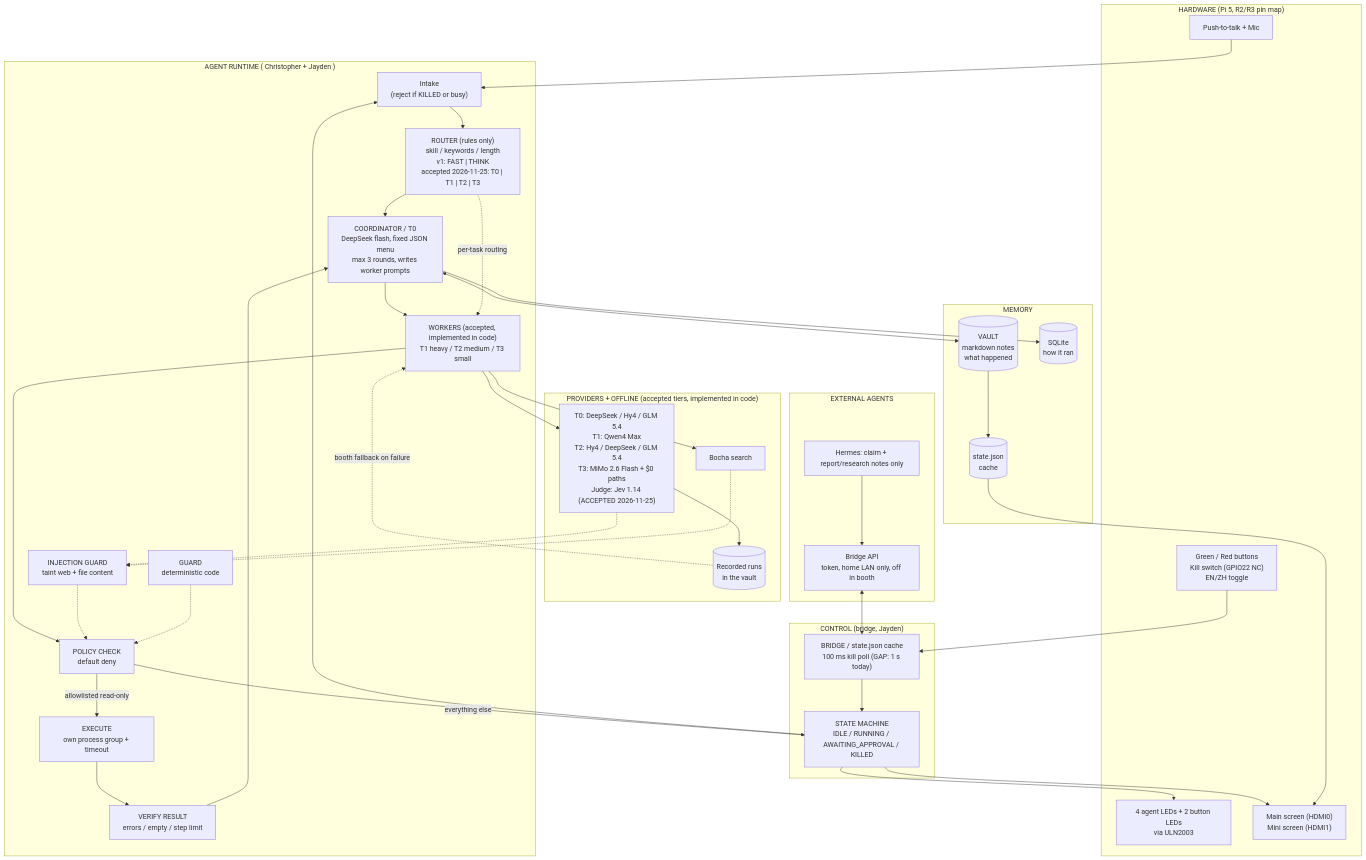
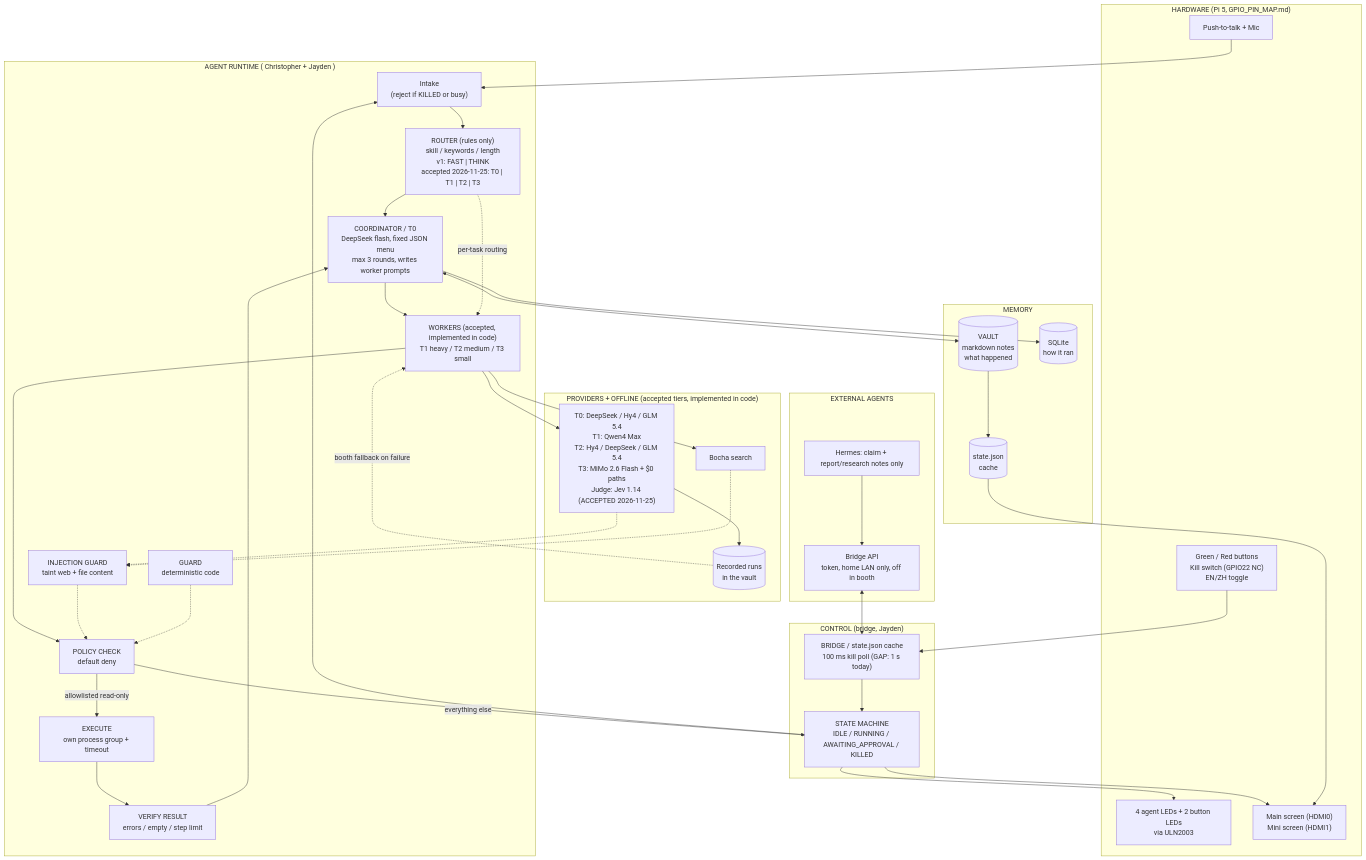
The first of 10 diagrams in docs/ARCHITECTURE_DIAGRAMS.md (Daijay/si-console), drawn with Mermaid before and after one commit. The commit also changed other lines of this file and 22 other files, not shown here.

Commit message:
Reconcile LED resistors, pin names and grounds across code, docs and the R5 wiring diagram

````diff
--- a/docs/ARCHITECTURE_DIAGRAMS.md
+++ b/docs/ARCHITECTURE_DIAGRAMS.md
@@ -19,67 +19,67 @@
 ```mermaid
 flowchart TB
-    subgraph H["HARDWARE (Pi 5, R2/R3 pin map)"]
+    subgraph H["HARDWARE (Pi 5, GPIO_PIN_MAP.md)"]
         PTT["Push-to-talk + Mic"]
         BTN["Green / Red buttons<br/>Kill switch (GPIO22 NC)<br/>EN/ZH toggle"]
         LED["4 agent LEDs + 2 button LEDs<br/>via ULN2003"]
         SCREEN["Main screen (HDMI0)<br/>Mini screen (HDMI1)"]
     end
 
     subgraph C["CONTROL (bridge, Jayden)"]
         BR["BRIDGE / state.json cache<br/>100 ms kill poll (GAP: 1 s today)"]
         FSM["STATE MACHINE<br/>IDLE / RUNNING / AWAITING_APPROVAL / KILLED"]
     end
 
     subgraph A["AGENT RUNTIME ( Christopher + Jayden )"]
         IN["Intake<br/>(reject if KILLED or busy)"]
         ROUTER["ROUTER (rules only)<br/>skill / keywords / length<br/>v1: FAST | THINK<br/>accepted 2026-11-25: T0 | T1 | T2 | T3"]
         COORD["COORDINATOR / T0<br/>DeepSeek flash, fixed JSON menu<br/>max 3 rounds, writes worker prompts"]
         WORK["WORKERS (accepted, implemented in code)<br/>T1 heavy / T2 medium / T3 small"]
         POLICY["POLICY CHECK<br/>default deny"]
         GUARD["GUARD<br/>deterministic code"]
         EXEC["EXECUTE<br/>own process group + timeout"]
         VERIFY["VERIFY RESULT<br/>errors / empty / step limit"]
         IG["INJECTION GUARD<br/>taint web + file content"]
     end
 
     subgraph M["MEMORY"]
         VAULT[("VAULT<br/>markdown notes<br/>what happened")]
         JSON[("state.json<br/>cache")]
         SQLITE[("SQLite<br/>how it ran")]
     end
 
     subgraph P["PROVIDERS + OFFLINE (accepted tiers, implemented in code)"]
         DS["T0: DeepSeek / Hy4 / GLM 5.4<br/>T1: Qwen4 Max<br/>T2: Hy4 / DeepSeek / GLM 5.4<br/>T3: MiMo 2.6 Flash + $0 paths<br/>Judge: Jev 1.14 (ACCEPTED 2026-11-25)"]
         BOCHA["Bocha search"]
         REC[("Recorded runs<br/>in the vault")]
     end
 
     subgraph E["EXTERNAL AGENTS"]
         API["Bridge API<br/>token, home LAN only, off in booth"]
         HERMES["Hermes: claim + report/research notes only"]
     end
 
     PTT --> IN
     BTN --> BR
     BR --> FSM
     FSM --> LED
     FSM --> SCREEN
     FSM --> IN
     IN --> ROUTER --> COORD --> WORK --> POLICY
     POLICY -- "allowlisted read-only" --> EXEC
     POLICY -- "everything else" --> FSM
     IG -.-> POLICY
     GUARD -.-> POLICY
     EXEC --> VERIFY --> COORD
     COORD <--> VAULT
     VAULT --> JSON --> SCREEN
     COORD --> SQLITE
     WORK --> DS
     WORK --> BOCHA
     ROUTER -.->|"per-task routing"| WORK
     DS & BOCHA -.-> IG
     DS --> REC
     REC -. "booth fallback on failure" .-> WORK
     API <--> BR
     HERMES --> API
 ```
````
